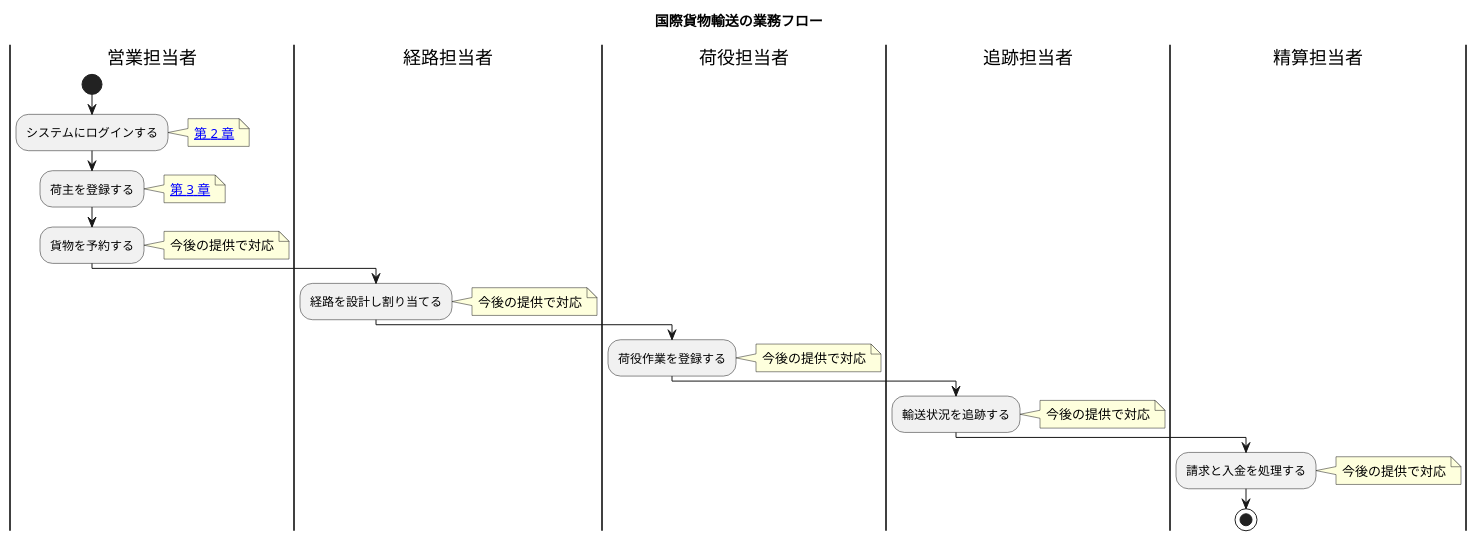
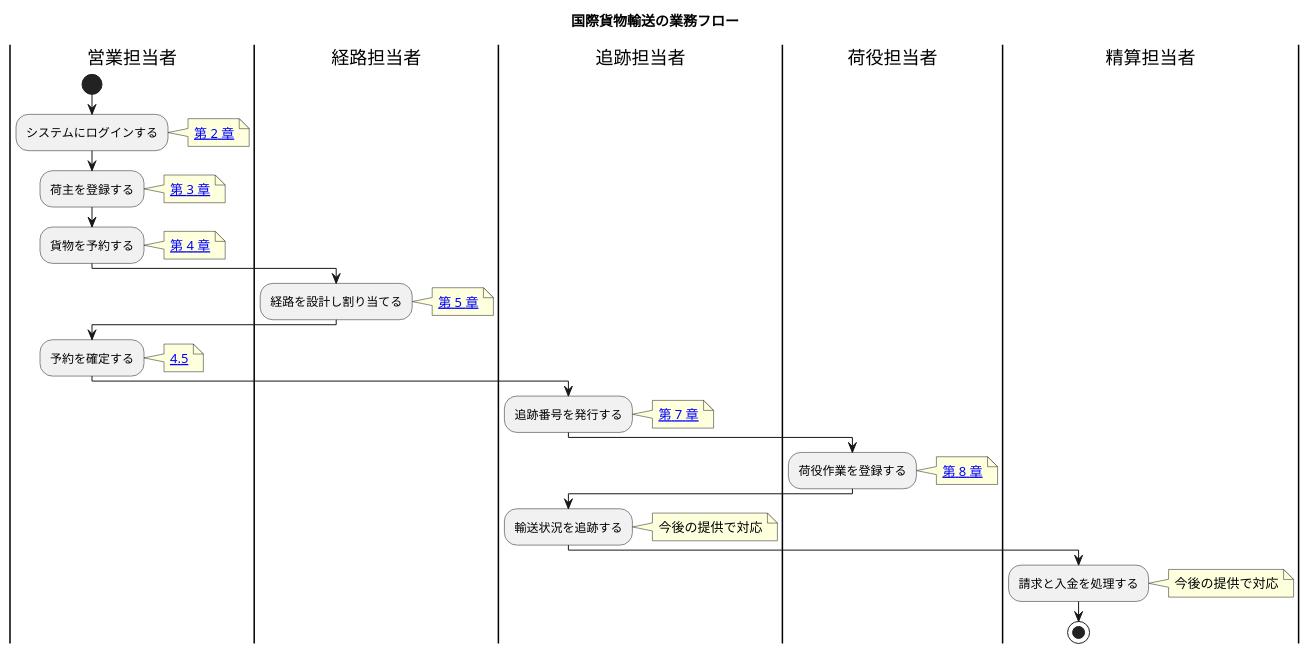
One commit to k2works/case-study-cargo-tracker changed the diagram in docs/manual/01-業務フロー.md. Above: the diagram before and after it, drawn with PlantUML. The commit also changed 18 other files, not shown here.

First line of the commit message:
docs: レビュー指摘に沿って設計図とマニュアルを実装に合わせる

````diff
--- a/docs/manual/01-業務フロー.md
+++ b/docs/manual/01-業務フロー.md
@@ -7,31 +7,39 @@
 ```plantuml
 @startuml
 title 国際貨物輸送の業務フロー
 
 |営業担当者|
 start
 :システムにログインする;
 note right: [[02-ログイン.html 第 2 章]]
 :荷主を登録する;
 note right: [[03-荷主管理.html 第 3 章]]
 :貨物を予約する;
-note right: 今後の提供で対応
+note right: [[04-貨物予約.html 第 4 章]]
 
 |経路担当者|
 :経路を設計し割り当てる;
-note right: 今後の提供で対応
+note right: [[05-航路管理.html 第 5 章]]
+
+|営業担当者|
+:予約を確定する;
+note right: [[04-貨物予約.html 4.5]]
+
+|追跡担当者|
+:追跡番号を発行する;
+note right: [[07-追跡管理.html 第 7 章]]
 
 |荷役担当者|
 :荷役作業を登録する;
-note right: 今後の提供で対応
+note right: [[08-荷役管理.html 第 8 章]]
 
 |追跡担当者|
 :輸送状況を追跡する;
 note right: 今後の提供で対応
 
 |精算担当者|
 :請求と入金を処理する;
 note right: 今後の提供で対応
 stop
 @enduml
 ```
````
